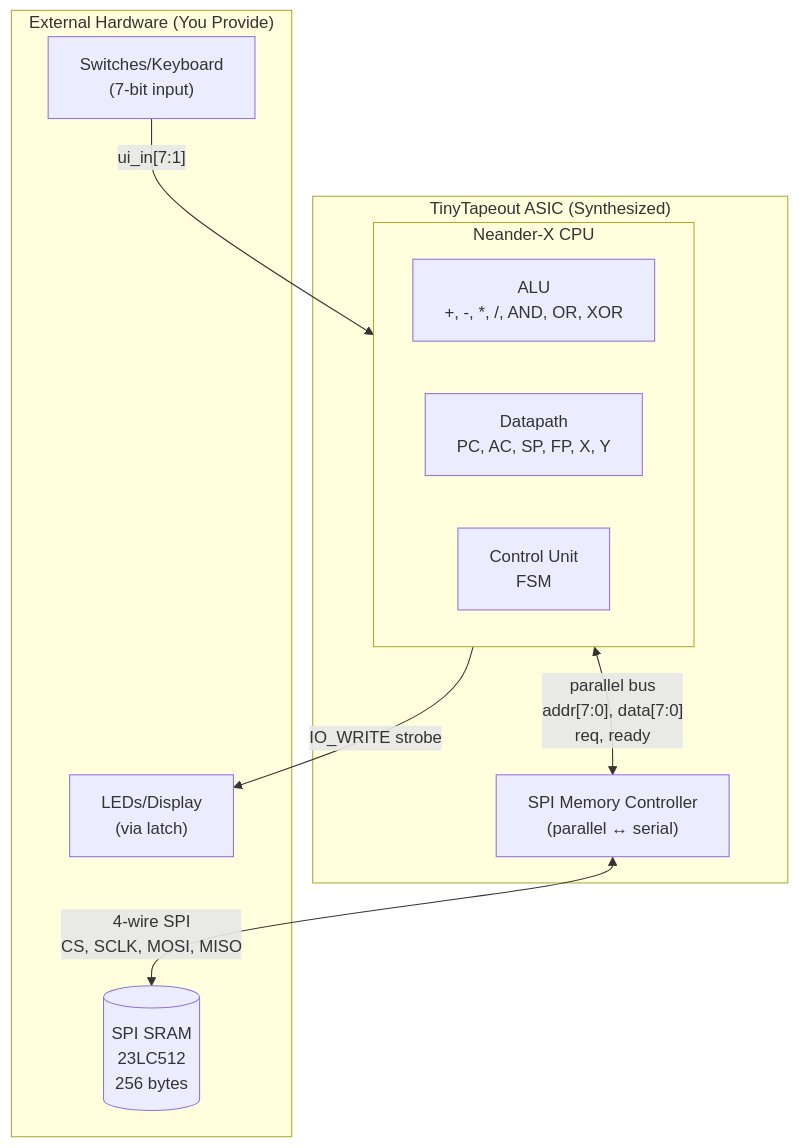
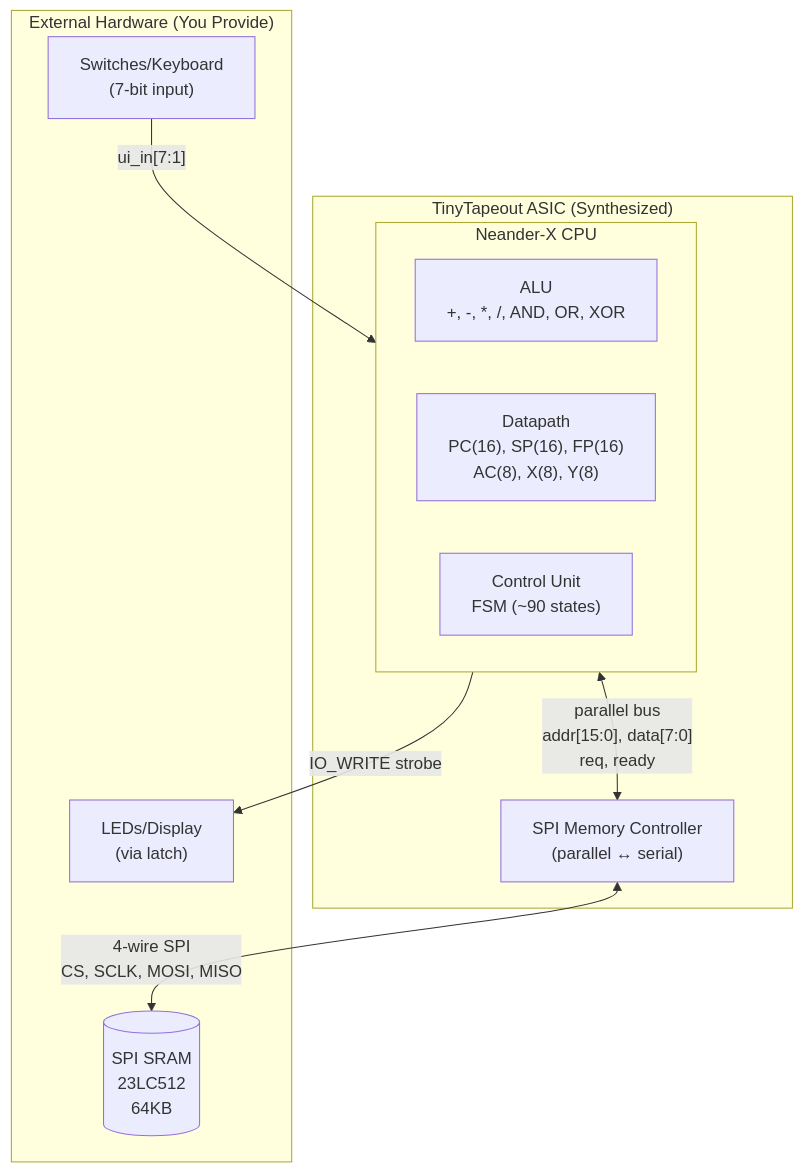
One commit to leonardoaraujosantos/neander_tinytapeout_2026 changed the first of 2 diagrams in README.md. Above: the diagram before and after it, drawn with Mermaid. The commit also changed other lines of this file and 5 other files, not shown here.

````diff
--- a/README.md
+++ b/README.md
@@ -284,22 +319,22 @@
 ```mermaid
 graph TB
     subgraph ASIC["TinyTapeout ASIC (Synthesized)"]
         subgraph CPU["Neander-X CPU"]
             ALU["ALU<br/>+, -, *, /, AND, OR, XOR"]
-            DP["Datapath<br/>PC, AC, SP, FP, X, Y"]
-            CU["Control Unit<br/>FSM"]
+            DP["Datapath<br/>PC(16), SP(16), FP(16)<br/>AC(8), X(8), Y(8)"]
+            CU["Control Unit<br/>FSM (~90 states)"]
         end
         SPI["SPI Memory Controller<br/>(parallel ↔ serial)"]
     end
 
     subgraph EXT["External Hardware (You Provide)"]
-        SRAM[("SPI SRAM<br/>23LC512<br/>256 bytes")]
+        SRAM[("SPI SRAM<br/>23LC512<br/>64KB")]
         IO_IN["Switches/Keyboard<br/>(7-bit input)"]
         IO_OUT["LEDs/Display<br/>(via latch)"]
     end
 
-    CPU <-->|"parallel bus<br/>addr[7:0], data[7:0]<br/>req, ready"| SPI
+    CPU <-->|"parallel bus<br/>addr[15:0], data[7:0]<br/>req, ready"| SPI
     SPI <-->|"4-wire SPI<br/>CS, SCLK, MOSI, MISO"| SRAM
     IO_IN -->|"ui_in[7:1]"| CPU
     CPU -->|"IO_WRITE strobe"| IO_OUT
 ```
````
